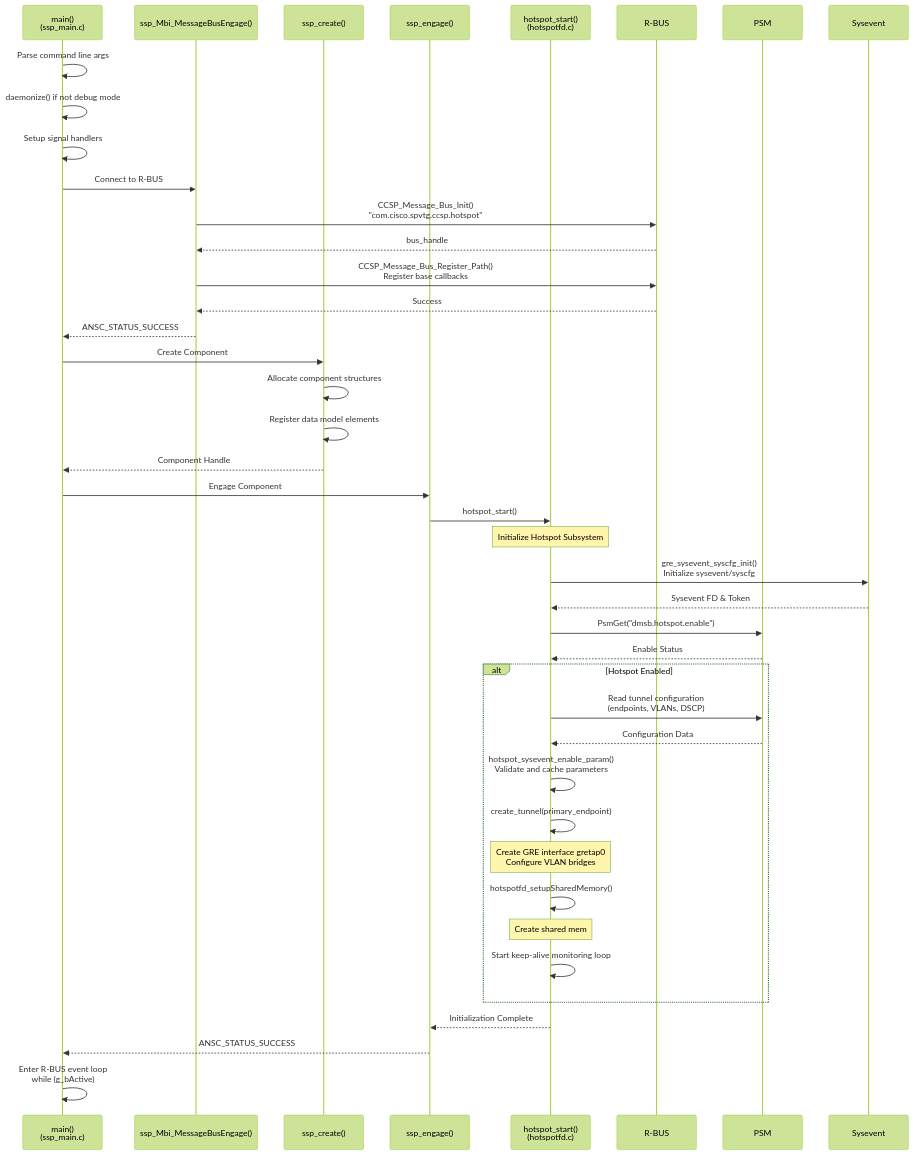
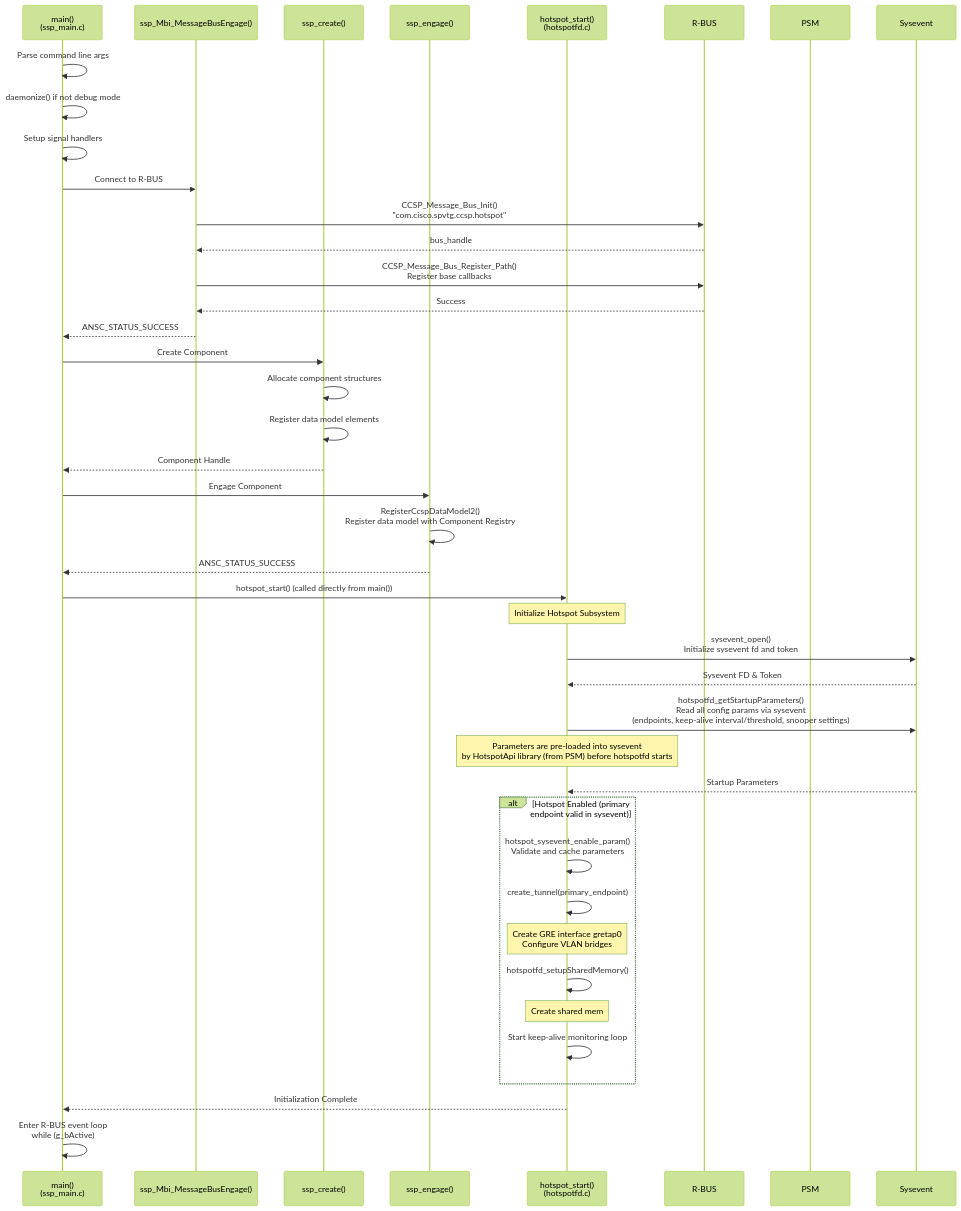
Before and after one commit to rdkcentral/hotspot: the fourth of 9 diagrams in README.md, drawn with Mermaid (forest theme). The commit also changed other lines of this file, not shown here.

````diff
--- a/README.md
+++ b/README.md
@@ -404,57 +406,57 @@
 ```mermaid
 sequenceDiagram
     participant Main as main()<br/>(ssp_main.c)
     participant Eng as ssp_Mbi_MessageBusEngage()
     participant Cre as ssp_create()
     participant EngS as ssp_engage()
     participant HS as hotspot_start()<br/>(hotspotfd.c)
     participant RBus as R-BUS
     participant PSM as PSM
     participant SysEvt as Sysevent
 
     Main->>Main: Parse command line args
     Main->>Main: daemonize() if not debug mode
     Main->>Main: Setup signal handlers
 
     Main->>Eng: Connect to R-BUS
     Eng->>RBus: CCSP_Message_Bus_Init()<br/>"com.cisco.spvtg.ccsp.hotspot"
     RBus-->>Eng: bus_handle
     Eng->>RBus: CCSP_Message_Bus_Register_Path()<br/>Register base callbacks
     RBus-->>Eng: Success
     Eng-->>Main: ANSC_STATUS_SUCCESS
 
     Main->>Cre: Create Component
     Cre->>Cre: Allocate component structures
     Cre->>Cre: Register data model elements
     Cre-->>Main: Component Handle
 
     Main->>EngS: Engage Component
-    EngS->>HS: hotspot_start()
+    EngS->>EngS: RegisterCcspDataModel2()<br/>Register data model with Component Registry
+    EngS-->>Main: ANSC_STATUS_SUCCESS
+
+    Main->>HS: hotspot_start() (called directly from main())
     Note over HS: Initialize Hotspot Subsystem
 
-    HS->>SysEvt: gre_sysevent_syscfg_init()<br/>Initialize sysevent/syscfg
+    HS->>SysEvt: sysevent_open()<br/>Initialize sysevent fd and token
     SysEvt-->>HS: Sysevent FD & Token
 
-    HS->>PSM: PsmGet("dmsb.hotspot.enable")
-    PSM-->>HS: Enable Status
+    HS->>SysEvt: hotspotfd_getStartupParameters()<br/>Read all config params via sysevent<br/>(endpoints, keep-alive interval/threshold, snooper settings)
+    Note over HS: Parameters are pre-loaded into sysevent<br/>by HotspotApi library (from PSM) before hotspotfd starts
+    SysEvt-->>HS: Startup Parameters
 
-    alt Hotspot Enabled
-        HS->>PSM: Read tunnel configuration<br/>(endpoints, VLANs, DSCP)
-        PSM-->>HS: Configuration Data
-
+    alt Hotspot Enabled (primary endpoint valid in sysevent)
         HS->>HS: hotspot_sysevent_enable_param()<br/>Validate and cache parameters
 
         HS->>HS: create_tunnel(primary_endpoint)
         Note over HS: Create GRE interface gretap0<br/>Configure VLAN bridges
 
         HS->>HS: hotspotfd_setupSharedMemory()
         Note over HS: Create shared mem
 
         HS->>HS: Start keep-alive monitoring loop
     end
 
-    HS-->>EngS: Initialization Complete
-    EngS-->>Main: ANSC_STATUS_SUCCESS
+    HS-->>Main: Initialization Complete
 
     Main->>Main: Enter R-BUS event loop<br/>while (g_bActive)
 ```
````
